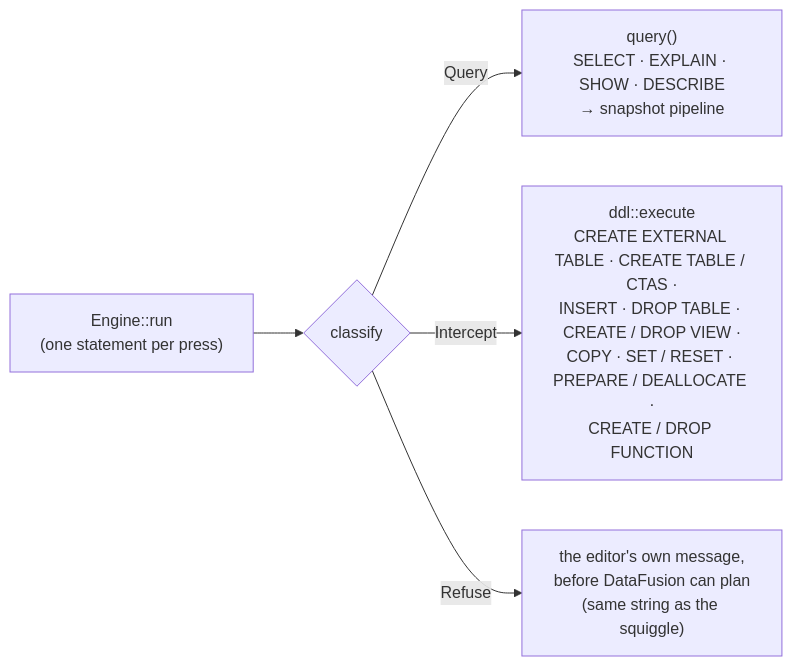
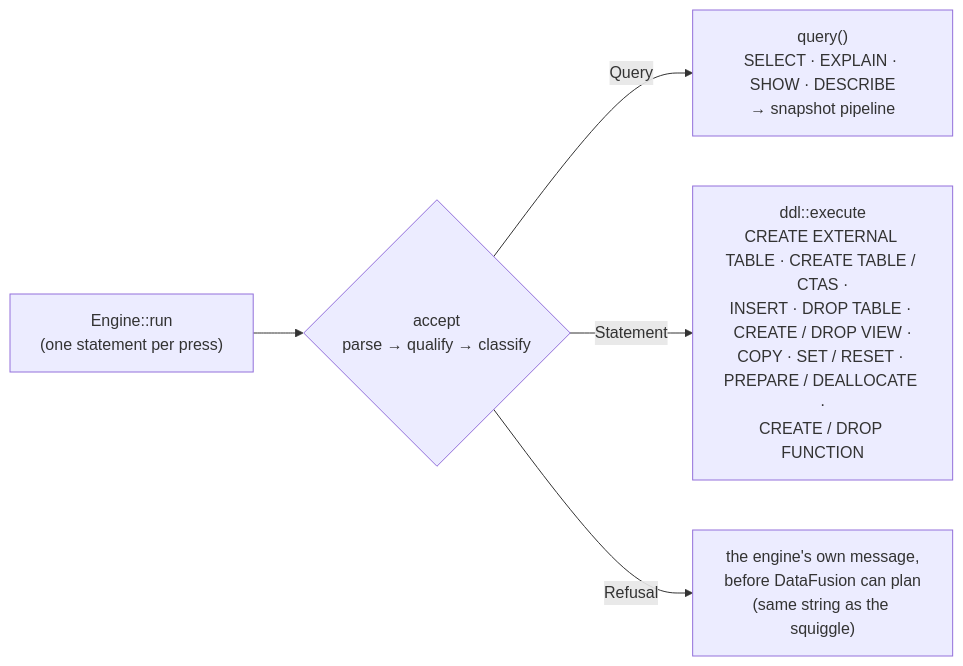
One commit to alexparlett/strata changed the second of 2 diagrams in docs/ARCHITECTURE.md. Above: the diagram before and after it, drawn with Mermaid. The commit also changed other lines of this file and 39 other files, not shown here.

````diff
--- a/docs/ARCHITECTURE.md
+++ b/docs/ARCHITECTURE.md
@@ -120,7 +121,7 @@
 ```mermaid
 flowchart LR
-    RUN["Engine::run<br/>(one statement per press)"] --> C{classify}
+    RUN["Engine::run<br/>(one statement per press)"] --> C{"accept<br/>parse → qualify → classify"}
     C -->|Query| Q["query()<br/>SELECT · EXPLAIN · SHOW · DESCRIBE<br/>→ snapshot pipeline"]
-    C -->|Intercept| I["ddl::execute<br/>CREATE EXTERNAL TABLE · CREATE TABLE / CTAS ·<br/>INSERT · DROP TABLE · CREATE / DROP VIEW ·<br/>COPY · SET / RESET · PREPARE / DEALLOCATE ·<br/>CREATE / DROP FUNCTION"]
-    C -->|Refuse| R["the editor's own message,<br/>before DataFusion can plan<br/>(same string as the squiggle)"]
+    C -->|Statement| I["ddl::execute<br/>CREATE EXTERNAL TABLE · CREATE TABLE / CTAS ·<br/>INSERT · DROP TABLE · CREATE / DROP VIEW ·<br/>COPY · SET / RESET · PREPARE / DEALLOCATE ·<br/>CREATE / DROP FUNCTION"]
+    C -->|Refusal| R["the engine's own message,<br/>before DataFusion can plan<br/>(same string as the squiggle)"]
 ```
````
